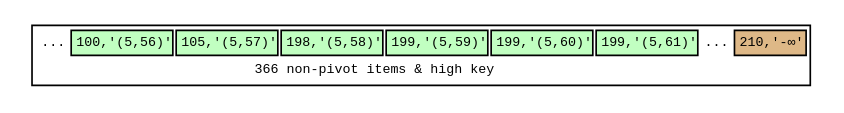
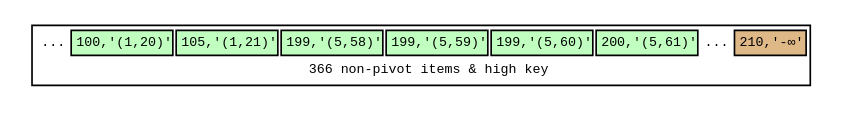
The diagram in leaf-page-split.dot (petergeoghegan/pg_query_internals), drawn with Graphviz before and after one commit.

Commit message:
Add leaf page split visualization

```diff
--- a/leaf-page-split.dot
+++ b/leaf-page-split.dot
@@ -1,36 +1,36 @@
 // Example B-Tree graph
 //
 // Breadth-first order
 //
 // Start from root, go left to right
 //
 // Workflow:
 //
 // $ dot -T svg btree.dot -o btree.svg;
 
 digraph nbtree {
 graph [fontname = "monospace"];
 node [shape = none,height=.1,fontname = "monospace",fontsize=8];
 // Level 0 (leaf level)
 leafnode_1[ label=<<table>
                     <tr>
                         <td border="0" bgcolor='white' port="t0">...</td>
-                        <td bgcolor='darkseagreen1' port="t1">100,'(5,56)'</td>
-                        <td bgcolor='darkseagreen1' port="t2">105,'(5,57)'</td>
-                        <td bgcolor='darkseagreen1' port="t2">198,'(5,58)'</td>
+                        <td bgcolor='darkseagreen1' port="t1">100,'(1,20)'</td>
+                        <td bgcolor='darkseagreen1' port="t2">105,'(1,21)'</td>
+                        <td bgcolor='darkseagreen1' port="t2">199,'(5,58)'</td>
                         <td bgcolor='darkseagreen1' port="t2">199,'(5,59)'</td>
                         <td bgcolor='darkseagreen1' port="t4">199,'(5,60)'</td>
-                        <td bgcolor='darkseagreen1' port="t5">199,'(5,61)'</td>
+                        <td bgcolor='darkseagreen1' port="t5">200,'(5,61)'</td>
                         <td border="0" bgcolor='white' port="t3">...</td>
                         <td bgcolor='burlywood' port="hk">210,'-&infin;'</td>
                     </tr>
                     <tr>
-                        <td colspan="7" border="0" bgcolor='white'>366 non-pivot items &amp; high key</td>
+                        <td colspan="9" border="0" bgcolor='white'>366 non-pivot items &amp; high key</td>
                     </tr>
                 </table>
                >
         ];
 //Force alignment from root to internal to leaf levels:
 //edge[style=invis];
 //"rootnode":d1 -> "leafnode_2":t2
 }
```
